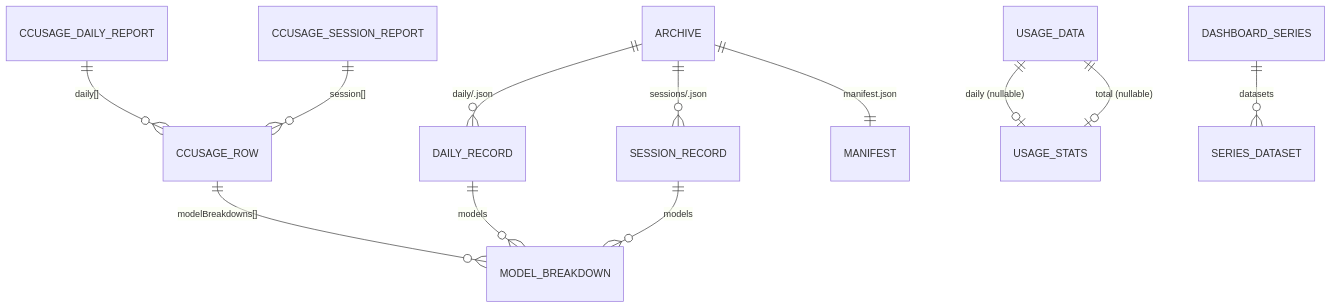
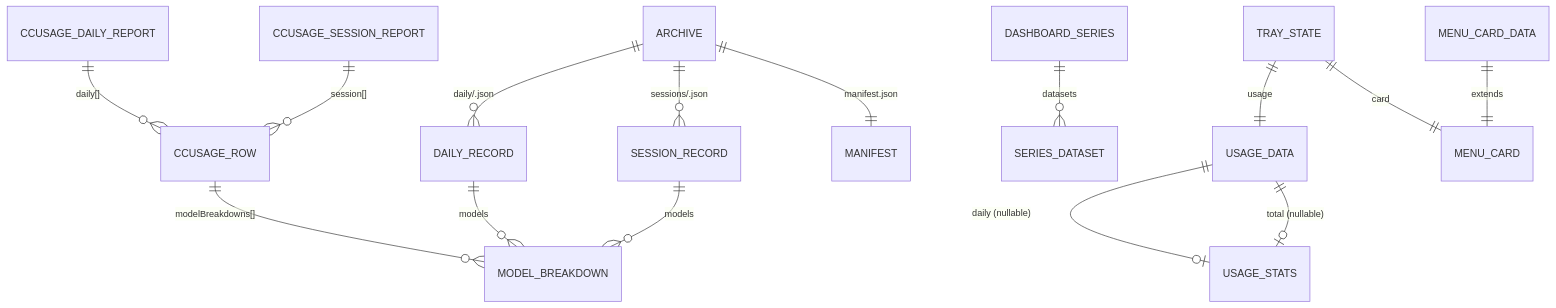
Before and after one commit to tangentlin/burnbar: the diagram in docs/DOMAIN.md, drawn with Mermaid. The commit also changed other lines of this file and 27 other files, not shown here.

First line of the commit message:
feat: rich menu-bar stats card, row icons, and About link

````diff
--- a/docs/DOMAIN.md
+++ b/docs/DOMAIN.md
@@ -35,14 +37,17 @@
 ```mermaid
 erDiagram
     CCUSAGE_DAILY_REPORT ||--o{ CCUSAGE_ROW : "daily[]"
     CCUSAGE_SESSION_REPORT ||--o{ CCUSAGE_ROW : "session[]"
     CCUSAGE_ROW ||--o{ MODEL_BREAKDOWN : "modelBreakdowns[]"
     ARCHIVE ||--o{ DAILY_RECORD : "daily/<date>.json"
     ARCHIVE ||--o{ SESSION_RECORD : "sessions/<month>.json"
     ARCHIVE ||--|| MANIFEST : "manifest.json"
     DAILY_RECORD ||--o{ MODEL_BREAKDOWN : models
     SESSION_RECORD ||--o{ MODEL_BREAKDOWN : models
     USAGE_DATA ||--o| USAGE_STATS : "daily (nullable)"
     USAGE_DATA ||--o| USAGE_STATS : "total (nullable)"
     DASHBOARD_SERIES ||--o{ SERIES_DATASET : datasets
+    TRAY_STATE ||--|| USAGE_DATA : usage
+    TRAY_STATE ||--|| MENU_CARD : card
+    MENU_CARD_DATA ||--|| MENU_CARD : extends
 ```
````
